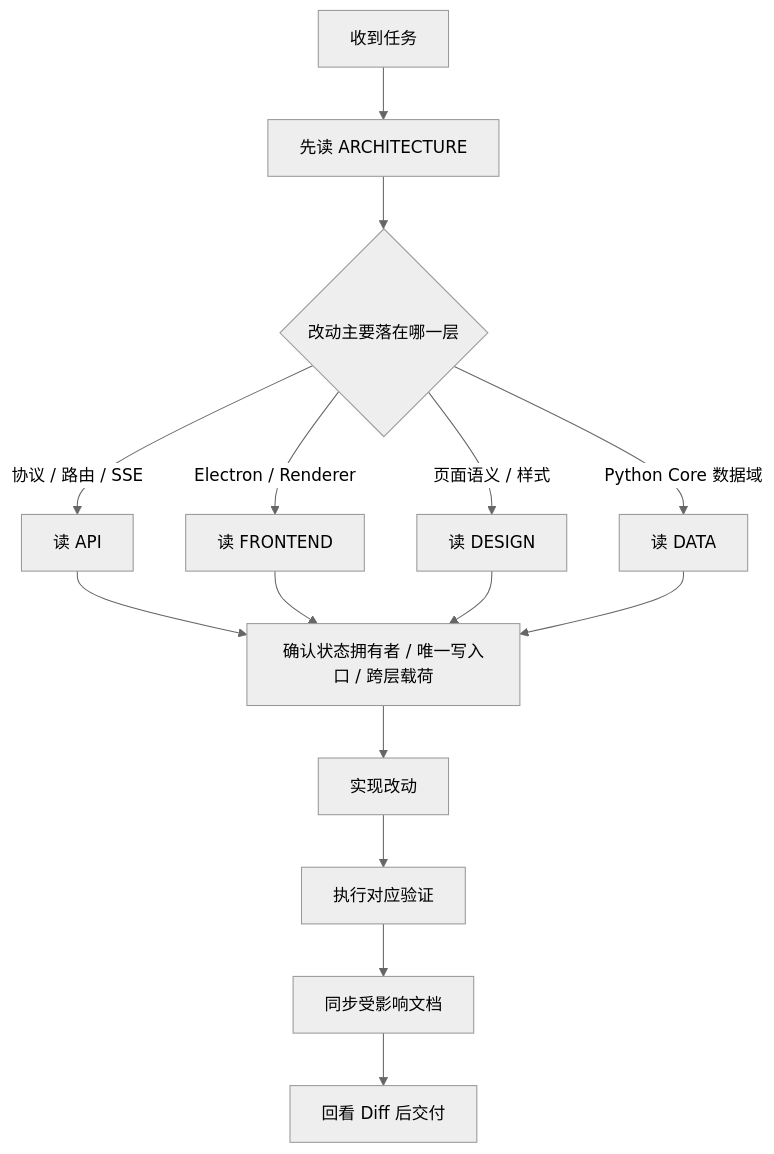
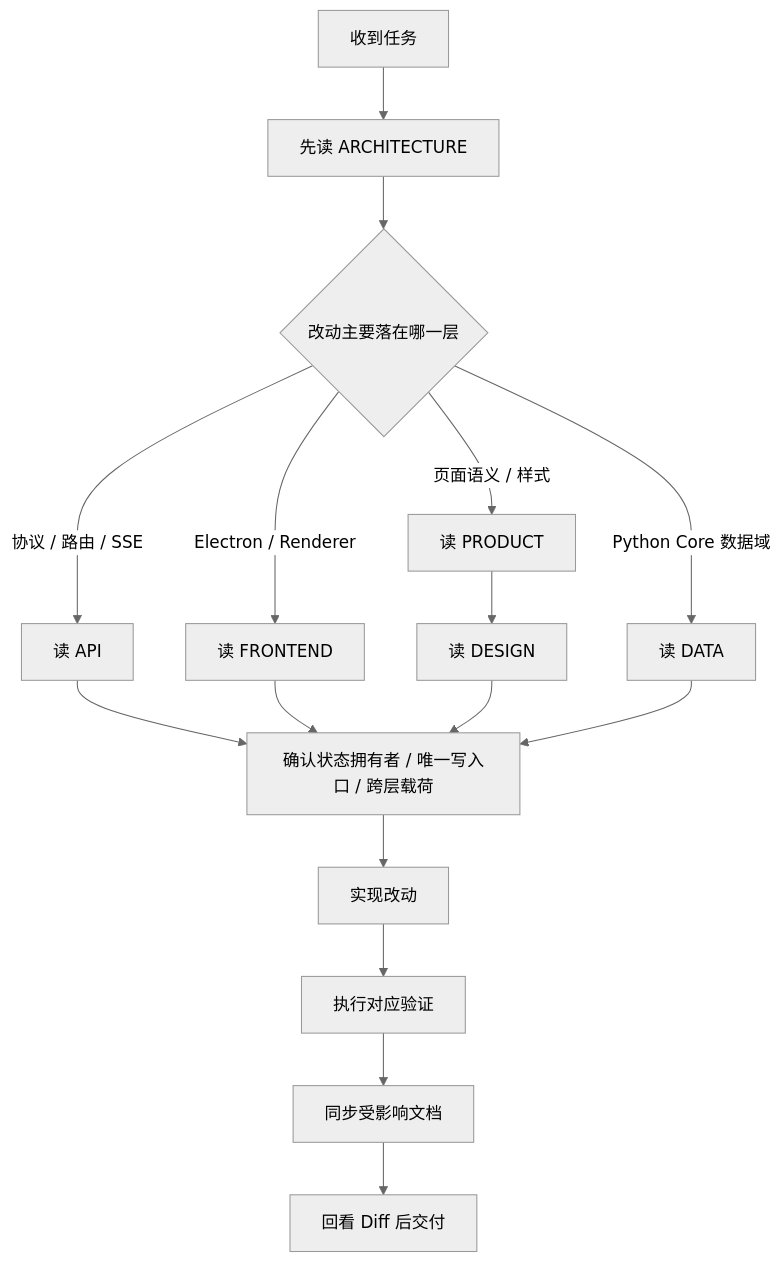
The diagram in docs/WORKFLOW.md (neavo/LinguaGacha), drawn with Mermaid (neutral theme) before and after one commit. The commit also changed other lines of this file and 43 other files, not shown here.

````diff
--- a/docs/WORKFLOW.md
+++ b/docs/WORKFLOW.md
@@ -5,17 +5,18 @@
 ```mermaid
 flowchart TD
     A["收到任务"] --> B["先读 ARCHITECTURE"]
     B --> C{"改动主要落在哪一层"}
     C -->|协议 / 路由 / SSE| D["读 API"]
     C -->|Electron / Renderer| E["读 FRONTEND"]
-    C -->|页面语义 / 样式| F["读 DESIGN"]
+    C -->|页面语义 / 样式| F["读 PRODUCT"]
+    F --> F0["读 DESIGN"]
     C -->|Python Core 数据域| G["读 DATA"]
     D --> H["确认状态拥有者 / 唯一写入口 / 跨层载荷"]
     E --> H
-    F --> H
+    F0 --> H
     G --> H
     H --> I["实现改动"]
     I --> J["执行对应验证"]
     J --> K["同步受影响文档"]
     K --> L["回看 Diff 后交付"]
 ```
````
